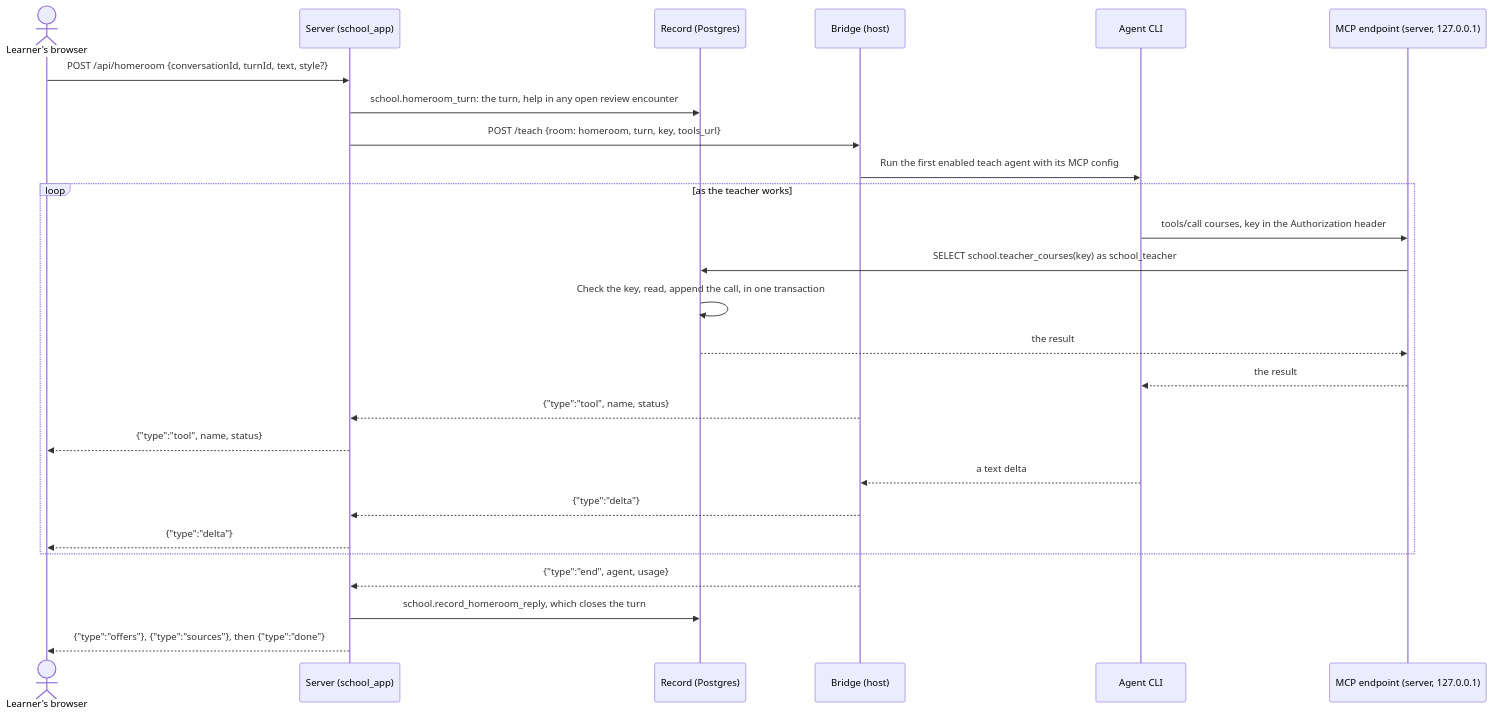
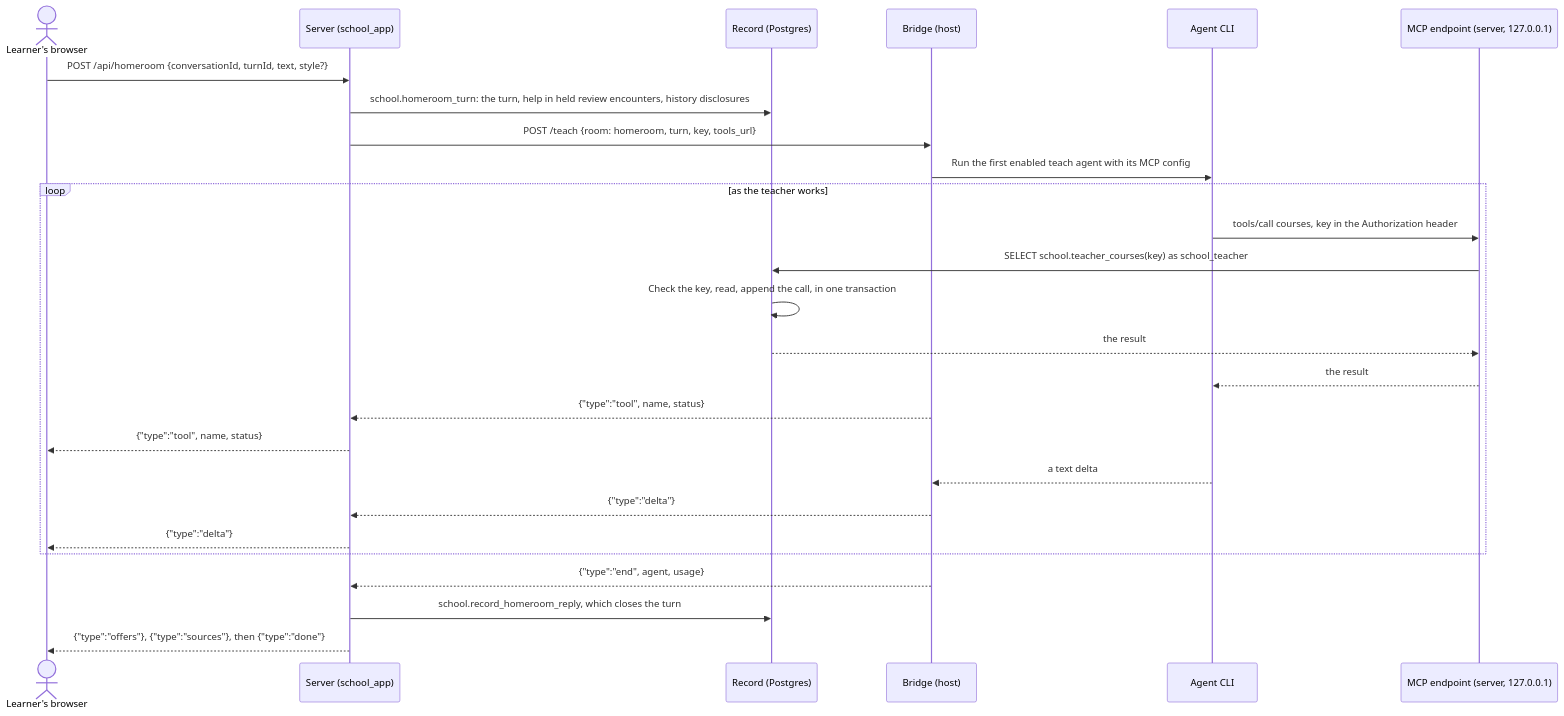
Before and after one commit to flyingrobots/school: the first of 4 diagrams in docs/rfc/0013-homeroom.md, drawn with Mermaid. The commit also changed other lines of this file, not shown here.

First line of the commit message:
docs: RFC 13 v0.2.0, draft 2 after round 1 of the external review

````diff
--- a/docs/rfc/0013-homeroom.md
+++ b/docs/rfc/0013-homeroom.md
@@ -175,28 +175,28 @@
 ```mermaid
 sequenceDiagram
     actor L as Learner's browser
     participant S as Server (school_app)
     participant D as Record (Postgres)
     participant B as Bridge (host)
     participant A as Agent CLI
     participant M as MCP endpoint (server, 127.0.0.1)
     L->>S: POST /api/homeroom {conversationId, turnId, text, style?}
-    S->>D: school.homeroom_turn: the turn, help in any open review encounter
+    S->>D: school.homeroom_turn: the turn, help in held review encounters, history disclosures
     S->>B: POST /teach {room: homeroom, turn, key, tools_url}
     B->>A: Run the first enabled teach agent with its MCP config
     loop as the teacher works
         A->>M: tools/call courses, key in the Authorization header
         M->>D: SELECT school.teacher_courses(key) as school_teacher
         D->>D: Check the key, read, append the call, in one transaction
         D-->>M: the result
         M-->>A: the result
         B-->>S: {"type":"tool", name, status}
         S-->>L: {"type":"tool", name, status}
         A-->>B: a text delta
         B-->>S: {"type":"delta"}
         S-->>L: {"type":"delta"}
     end
     B-->>S: {"type":"end", agent, usage}
     S->>D: school.record_homeroom_reply, which closes the turn
     S-->>L: {"type":"offers"}, {"type":"sources"}, then {"type":"done"}
 ```
````
